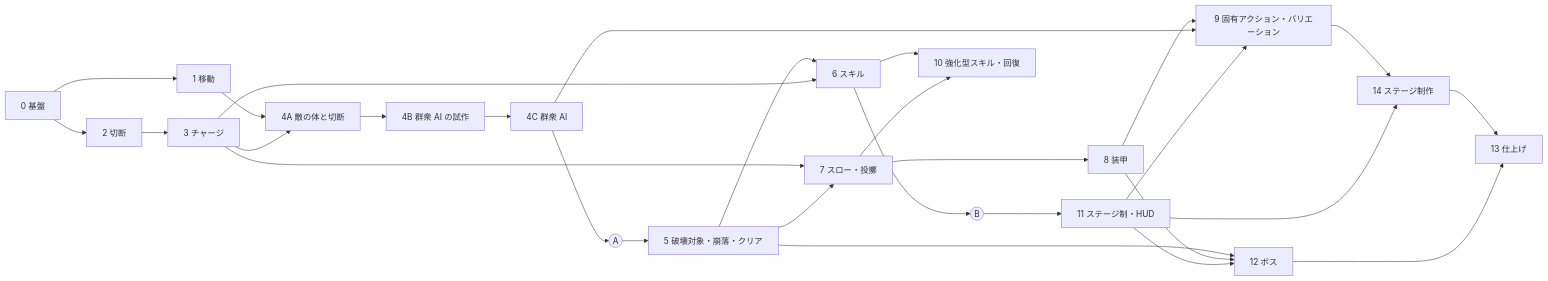
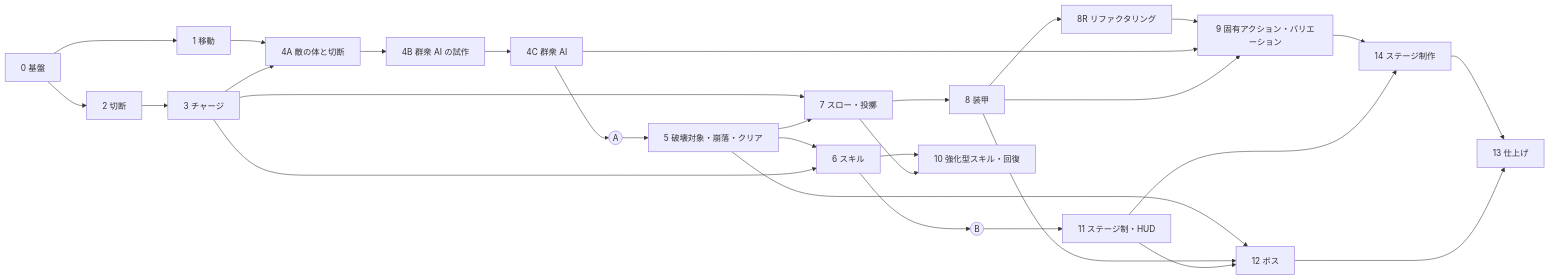
Before and after one commit to TaguchiRei/Kizami: the diagram in Assets/Docs/InGame/InGameOverallPlan.md, drawn with Mermaid. The commit also changed other lines of this file and 8 other files, not shown here.

````diff
--- a/Assets/Docs/InGame/InGameOverallPlan.md
+++ b/Assets/Docs/InGame/InGameOverallPlan.md
@@ -151,24 +155,24 @@
 ```mermaid
 flowchart LR
     S0[0 基盤] --> S1[1 移動]
     S0 --> S2[2 切断] --> S3[3 チャージ]
     S1 --> S4A[4A 敵の体と切断]
     S3 --> S4A
     S4A --> S4B[4B 群衆 AI の試作] --> S4C[4C 群衆 AI]
     S4C --> MA((A)) --> S5[5 破壊対象・崩落・クリア] --> S6[6 スキル] --> MB((B))
     S3 --> S6
     MB --> S11[11 ステージ制・HUD]
     S3 --> S7[7 スロー・投擲]
-    S5 --> S7 --> S8[8 装甲] --> S9[9 固有アクション・バリエーション]
+    S5 --> S7 --> S8[8 装甲] --> S8R[8R リファクタリング] --> S9[9 固有アクション・バリエーション]
     S4C --> S9
-    S11 --> S9
+    S8 --> S9
     S6 --> S10[10 強化型スキル・回復]
     S7 --> S10
     S9 --> S14[14 ステージ制作]
     S11 --> S14
     S5 --> S12[12 ボス]
     S8 --> S12
     S11 --> S12
     S14 --> S13[13 仕上げ]
     S12 --> S13
 ```
````
